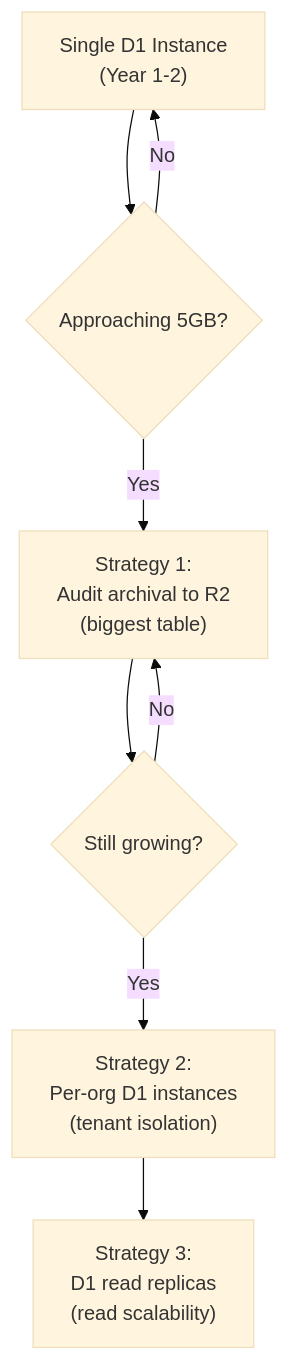
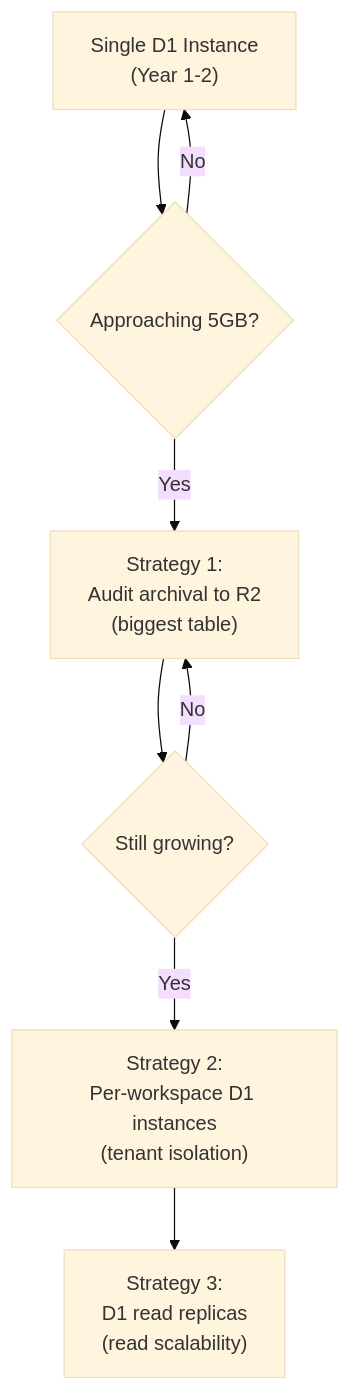
One commit to devangshupandey2025-stack/DevSage changed the fourth of 4 diagrams in docs/v3/planned/data-model.md. Above: the diagram before and after it, drawn with Mermaid (base theme). The commit also changed other lines of this file and 1 other file, not shown here.

````diff
--- a/docs/v3/planned/data-model.md
+++ b/docs/v3/planned/data-model.md
@@ -1036,10 +984,10 @@
 ```mermaid
 flowchart TD
     A["Single D1 Instance<br/>(Year 1-2)"] --> B{"Approaching 5GB?"}
     B -->|No| A
     B -->|Yes| C["Strategy 1:<br/>Audit archival to R2<br/>(biggest table)"]
     C --> D{"Still growing?"}
     D -->|No| C
-    D -->|Yes| E["Strategy 2:<br/>Per-org D1 instances<br/>(tenant isolation)"]
+    D -->|Yes| E["Strategy 2:<br/>Per-workspace D1 instances<br/>(tenant isolation)"]
     E --> F["Strategy 3:<br/>D1 read replicas<br/>(read scalability)"]
 ```
````
